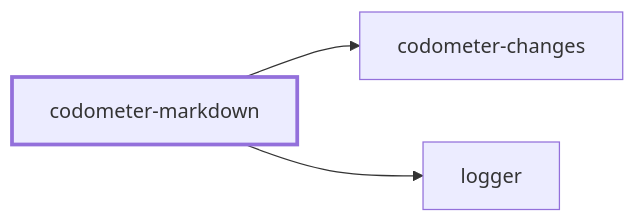
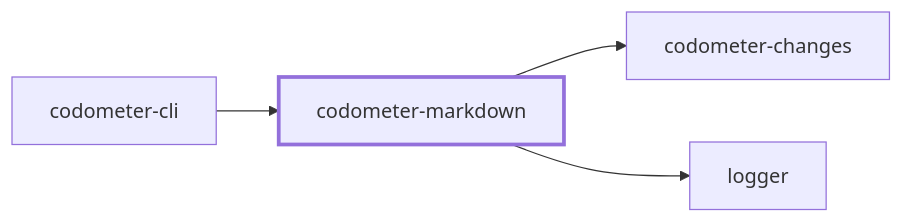
One commit to JimmyPaolini/codebase changed the first of 2 diagrams in packages/codometer-markdown/README.md. Above: the diagram before and after it, drawn with Mermaid. The commit also changed 6 other files, not shown here.

Commit message:
refactor(codometer): ♻️ render readme badges through codometer-markdown

````diff
--- a/packages/codometer-markdown/README.md
+++ b/packages/codometer-markdown/README.md
@@ -7,10 +7,12 @@
 ```mermaid
 flowchart LR
   codometer_changes["codometer-changes"]
+  codometer_cli["codometer-cli"]
   codometer_markdown["codometer-markdown"]
   logger["logger"]
+  codometer_cli --> codometer_markdown
   codometer_markdown --> codometer_changes
   codometer_markdown --> logger
   classDef subject stroke-width:3px
   class codometer_markdown subject
 ```
````
